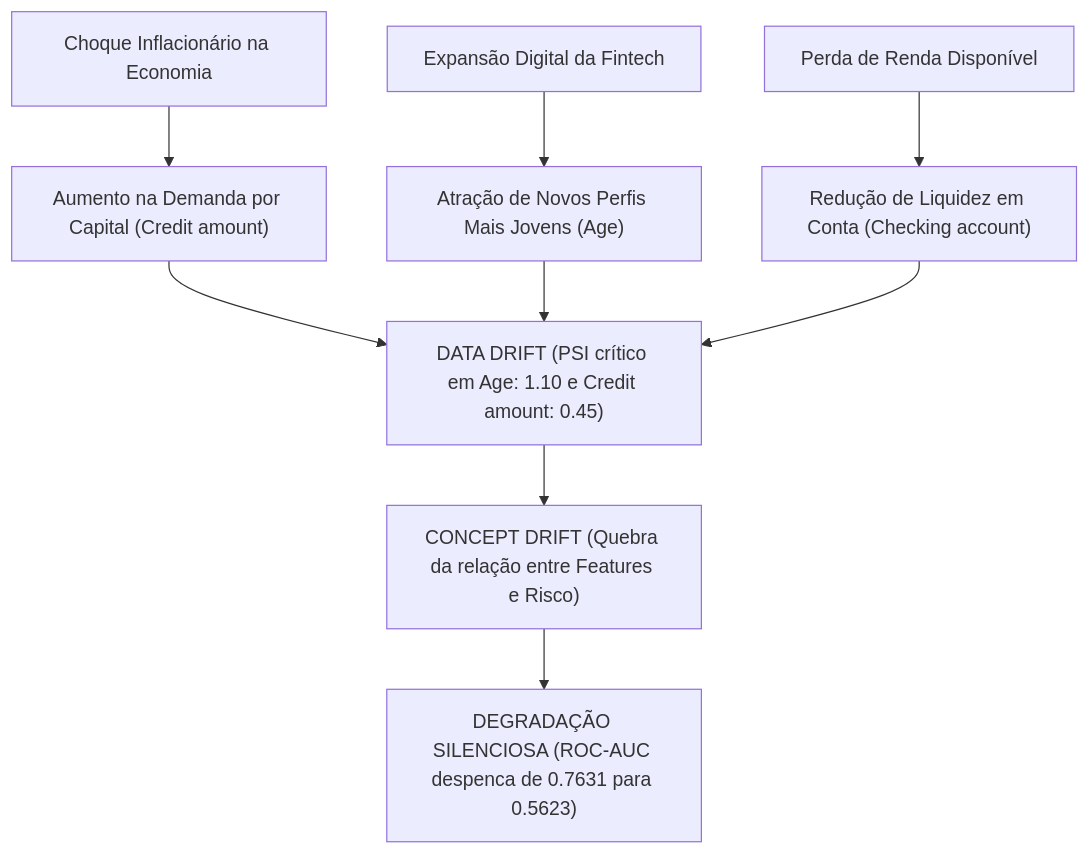
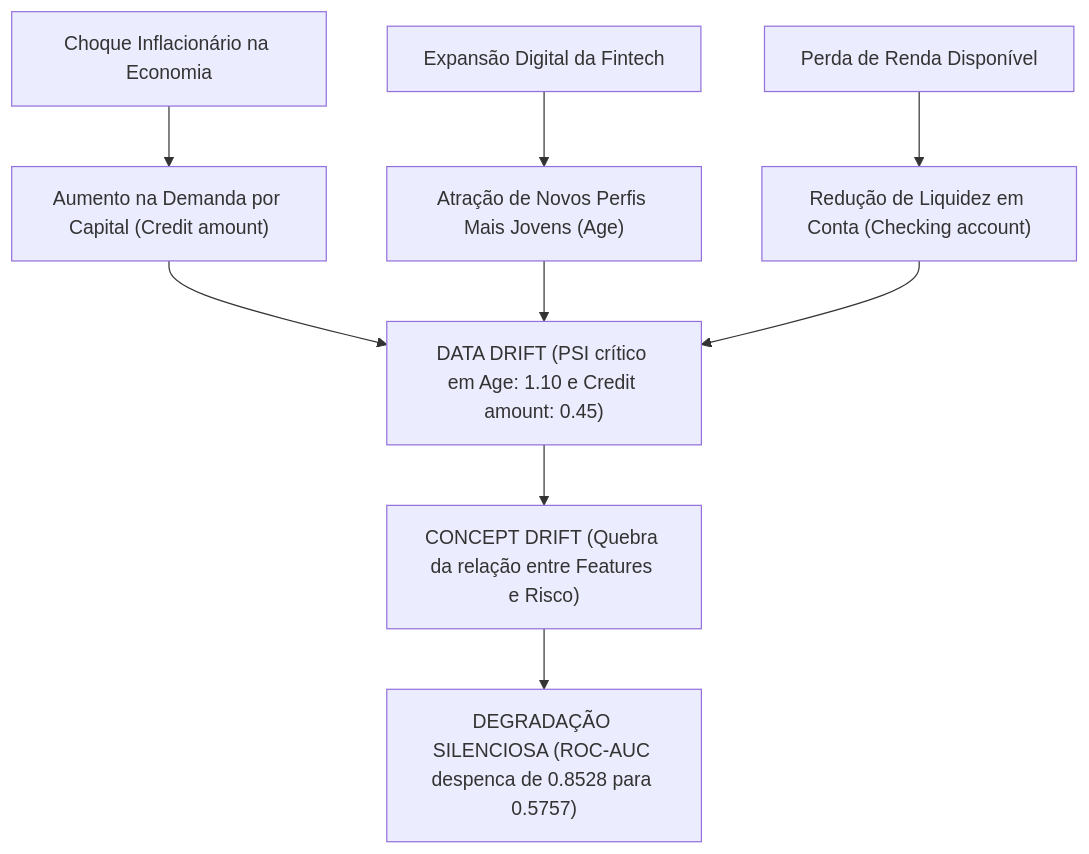
Before and after one commit to gui3561-ux/grupo-98-tech-challenger-fase4: the second of 2 diagrams in README.md, drawn with Mermaid. The commit also changed other lines of this file and 16 other files, not shown here.

````diff
--- a/README.md
+++ b/README.md
@@ -169,13 +180,13 @@
 ```mermaid
 flowchart TD
     M1["Choque Inflacionário na Economia"] --> D1["Aumento na Demanda por Capital (Credit amount)"]
     M2["Expansão Digital da Fintech"] --> D2["Atração de Novos Perfis Mais Jovens (Age)"]
     M3["Perda de Renda Disponível"] --> D3["Redução de Liquidez em Conta (Checking account)"]
     
     D1 --> DD["DATA DRIFT (PSI crítico em Age: 1.10 e Credit amount: 0.45)"]
     D2 --> DD
     D3 --> DD
     
     DD --> CD["CONCEPT DRIFT (Quebra da relação entre Features e Risco)"]
-    CD --> DEG["DEGRADAÇÃO SILENCIOSA (ROC-AUC despenca de 0.7631 para 0.5623)"]
+    CD --> DEG["DEGRADAÇÃO SILENCIOSA (ROC-AUC despenca de 0.8528 para 0.5757)"]
 ```
````
